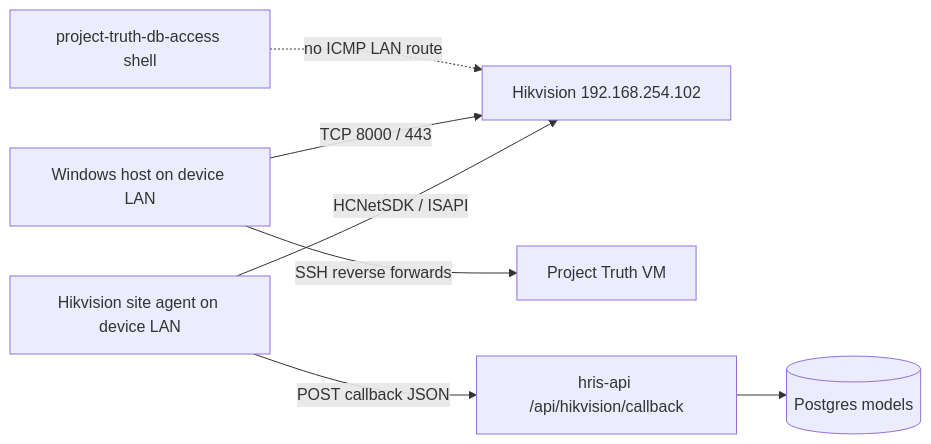
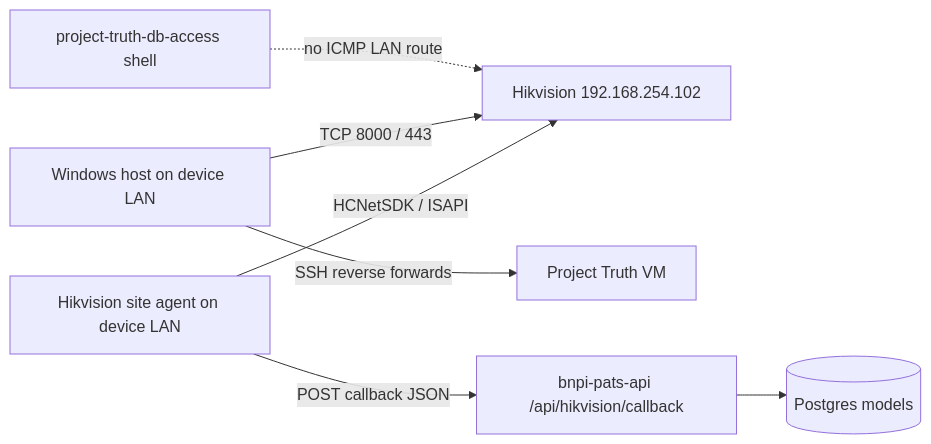
One commit to bnpimanufacturingsolution/bandai-infra-bnpi-pats changed the fourth of 6 diagrams in docs/HIKVISION_ENROLLMENT_IDENTITY_FLOW.md. Above: the diagram before and after it, drawn with Mermaid. The commit also changed other lines of this file and 4037 other files, not shown here.

````diff
--- a/docs/HIKVISION_ENROLLMENT_IDENTITY_FLOW.md
+++ b/docs/HIKVISION_ENROLLMENT_IDENTITY_FLOW.md
@@ -594,9 +594,9 @@
 ```mermaid
 flowchart LR
   DBAccess[project-truth-db-access shell] -. no ICMP LAN route .-> Device[Hikvision 192.168.254.102]
   Host[Windows host on device LAN] -->|TCP 8000 / 443| Device
   Host -->|SSH reverse forwards| VM[Project Truth VM]
   SiteAgent[Hikvision site agent on device LAN] -->|HCNetSDK / ISAPI| Device
-  SiteAgent -->|POST callback JSON| API[hris-api /api/hikvision/callback]
+  SiteAgent -->|POST callback JSON| API[bnpi-pats-api /api/hikvision/callback]
   API --> DB[(Postgres models)]
 ```
````
